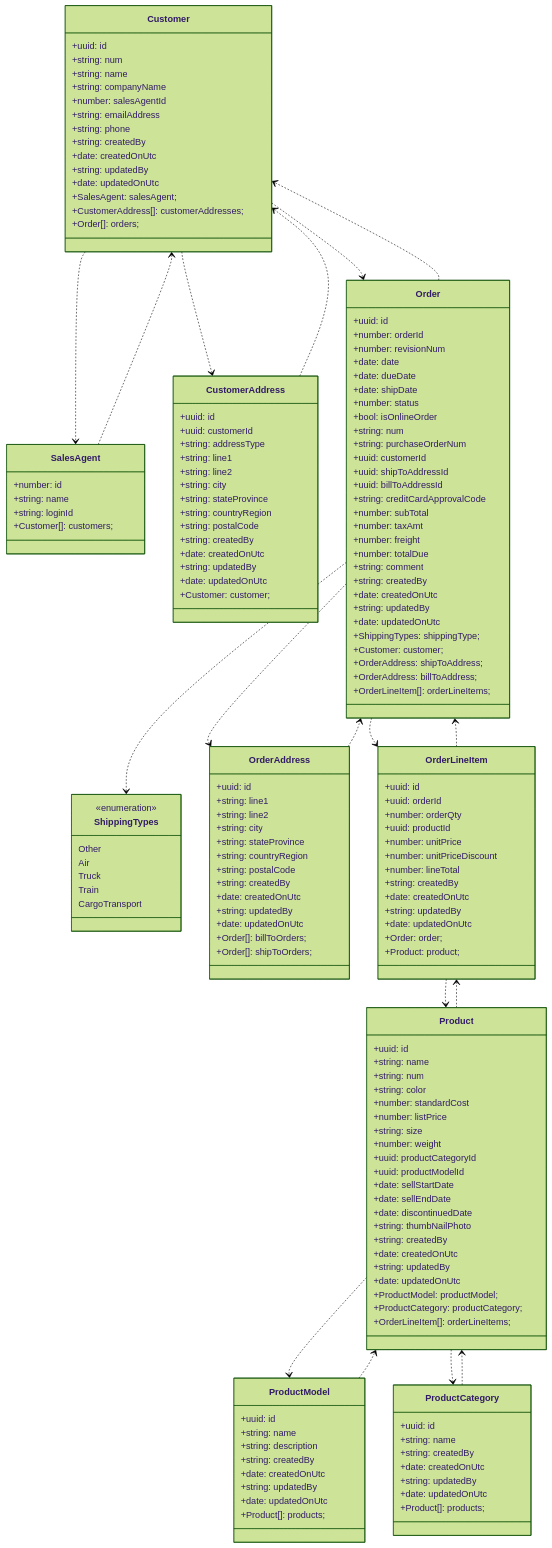
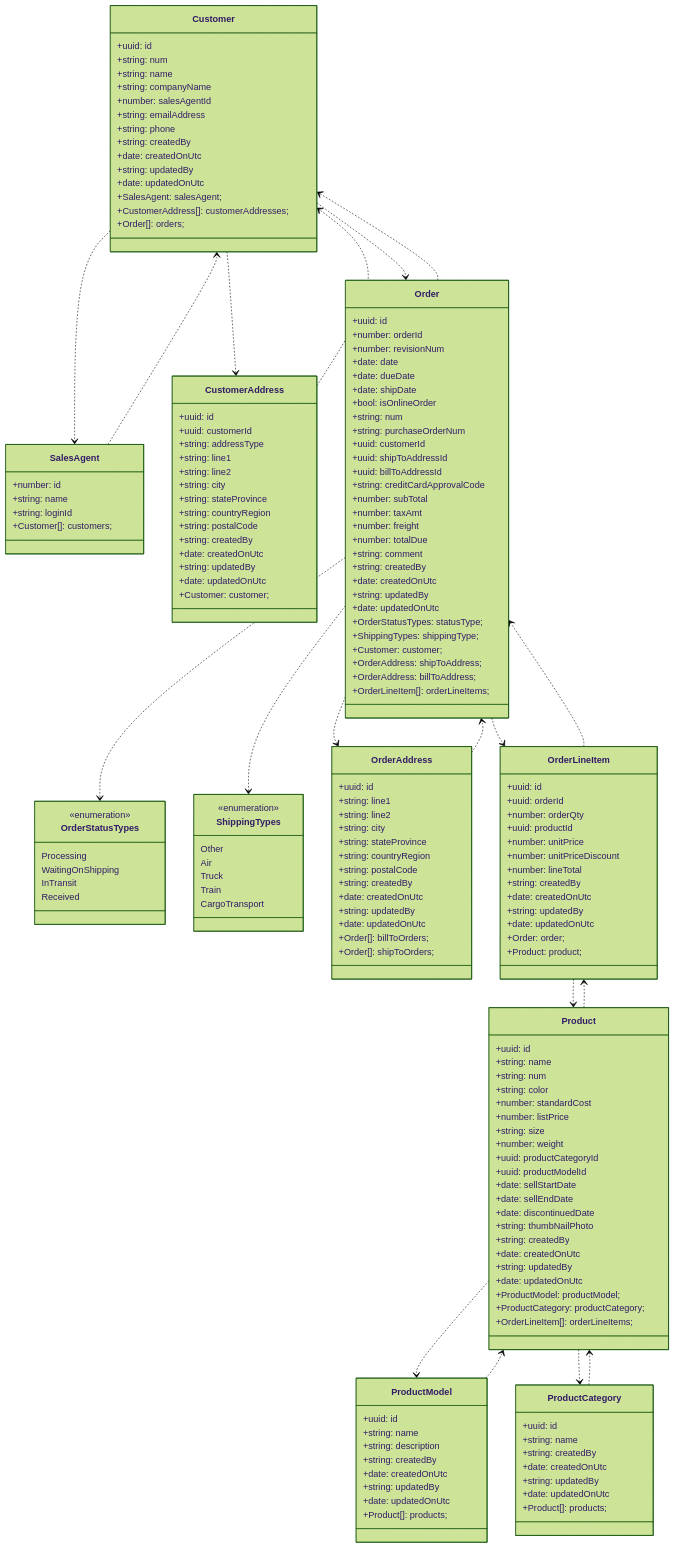
One commit to ikemtz/AngularMonoRepo changed the diagram in src/apps/adventure-works/diagrams/odata/class-diagram.md. Above: the diagram before and after it, drawn with Mermaid (forest theme). The commit also changed 298 other files, not shown here.

```diff
--- a/src/apps/adventure-works/diagrams/odata/class-diagram.md
+++ b/src/apps/adventure-works/diagrams/odata/class-diagram.md
@@ -5,6 +5,7 @@
   Customer ..> CustomerAddress
   Customer ..> Order
   CustomerAddress ..> Customer
+  Order ..> OrderStatusTypes
   Order ..> ShippingTypes
   Order ..> Customer
   Order ..> OrderAddress
@@ -58,7 +59,6 @@
     +date: date
     +date: dueDate
     +date: shipDate
-    +number: status
     +bool: isOnlineOrder
     +string: num
     +string: purchaseOrderNum
@@ -75,6 +75,7 @@
     +date: createdOnUtc
     +string: updatedBy
     +date: updatedOnUtc
+    +OrderStatusTypes: statusType;
     +ShippingTypes: shippingType;
     +Customer: customer;
     +OrderAddress: shipToAddress;
@@ -110,6 +111,13 @@
     +date: updatedOnUtc
     +Order: order;
     +Product: product;
+  }
+  class OrderStatusTypes{
+    <<enumeration>>
+    Processing
+    WaitingOnShipping
+    InTransit
+    Received
   }
   class Product{
     +uuid: id
```
